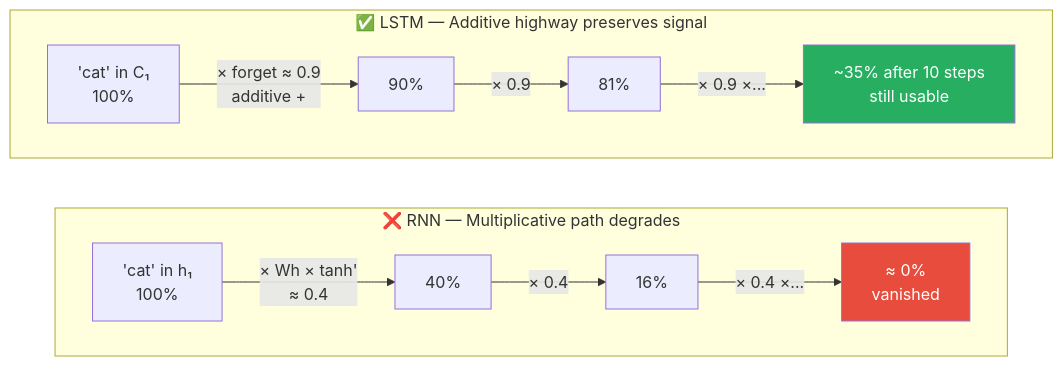
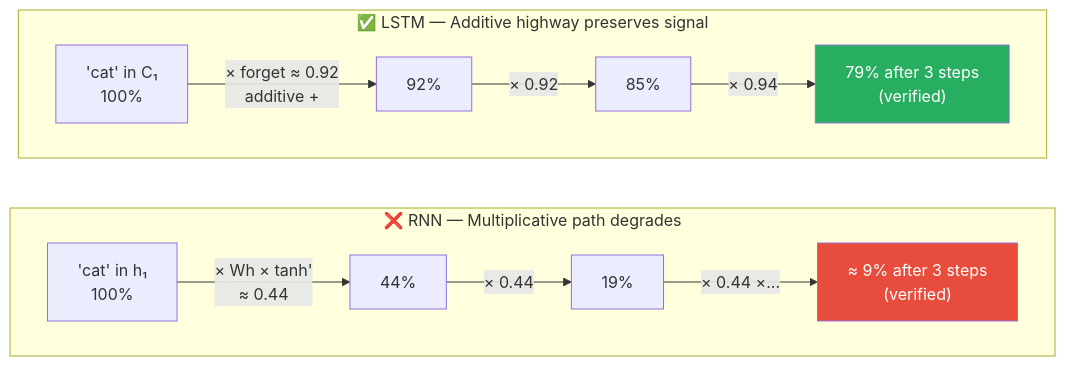
One commit to MrSameerKhan/sameerkhan changed the diagram in 4.nlp/03_sequence_models/03_lstm_end_to_end.md. Above: the diagram before and after it, drawn with Mermaid. The commit also changed other lines of this file and 1 other file, not shown here.

````diff
--- a/4.nlp/03_sequence_models/03_lstm_end_to_end.md
+++ b/4.nlp/03_sequence_models/03_lstm_end_to_end.md
@@ -938,19 +1043,19 @@
 ```mermaid
 graph LR
     subgraph rnn_path["❌ RNN — Multiplicative path degrades"]
         direction LR
-        R1["'cat' in h₁\n100%"] -->|"× Wh × tanh'\n≈ 0.4"| R2["40%"]
-        R2 -->|"× 0.4"| R3["16%"]
-        R3 -->|"× 0.4 ×..."| R4["≈ 0%\nvanished"]
+        R1["'cat' in h₁\n100%"] -->|"× Wh × tanh'\n≈ 0.44"| R2["44%"]
+        R2 -->|"× 0.44"| R3["19%"]
+        R3 -->|"× 0.44 ×..."| R4["≈ 9% after 3 steps\n(verified)"]
     end
 
     subgraph lstm_path["✅ LSTM — Additive highway preserves signal"]
         direction LR
-        C1["'cat' in C₁\n100%"] -->|"× forget ≈ 0.9\nadditive +"| C2["90%"]
-        C2 -->|"× 0.9"| C3["81%"]
-        C3 -->|"× 0.9 ×..."| C4["~35% after 10 steps\nstill usable"]
+        C1["'cat' in C₁\n100%"] -->|"× forget ≈ 0.92\nadditive +"| C2["92%"]
+        C2 -->|"× 0.92"| C3["85%"]
+        C3 -->|"× 0.94"| C4["79% after 3 steps\n(verified)"]
     end
 
     style R4 fill:#e74c3c,color:#fff
     style C4 fill:#27ae60,color:#fff
 ```
````
